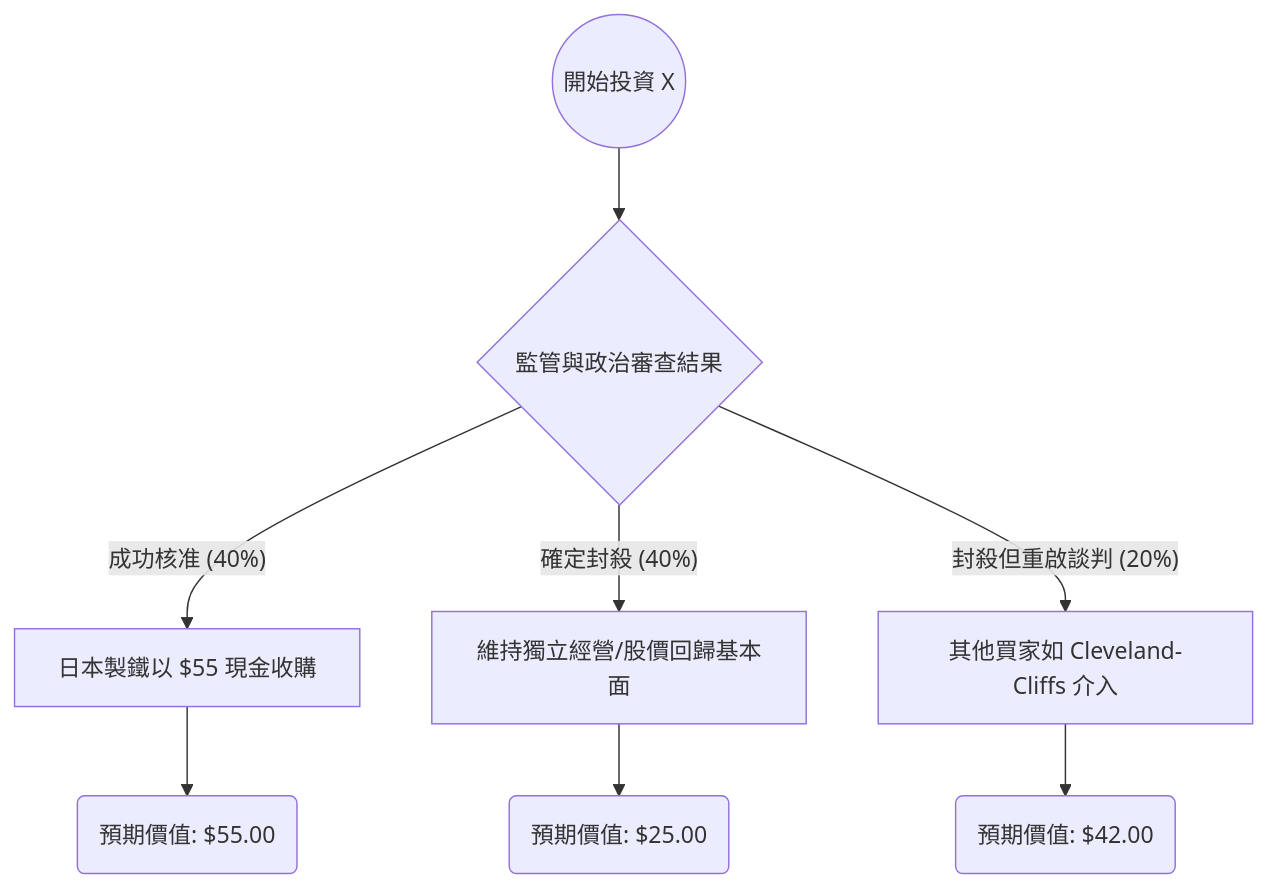
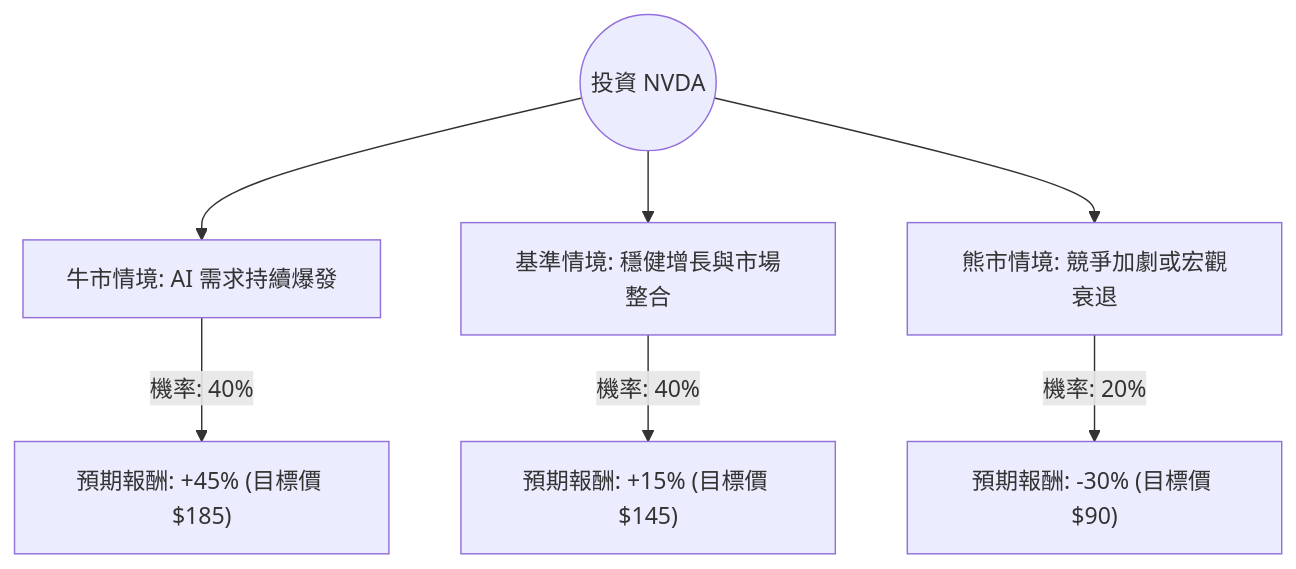
Before and after one commit to zmcx16/zmcx16.github.io: the diagram in plugin-react/ai-analysis/ev-analysis/X.md, drawn with Mermaid. The commit also changed other lines of this file and 75 other files, not shown here.

````diff
--- a/plugin-react/ai-analysis/ev-analysis/X.md
+++ b/plugin-react/ai-analysis/ev-analysis/X.md
@@ -11,12 +23,10 @@
 ```mermaid
 graph TD
-    Start((開始投資 X)) --> A{監管與政治審查結果}
-    
-    A -- 成功核准 (40%) --> B[日本製鐵以 $55 現金收購]
-    A -- 確定封殺 (40%) --> C[維持獨立經營/股價回歸基本面]
-    A -- 封殺但重啟談判 (20%) --> D[其他買家如 Cleveland-Cliffs 介入]
+    Start((投資 NVDA)) --> Bull[牛市情境: AI 需求持續爆發]
+    Start --> Base[基準情境: 穩健增長與市場整合]
+    Start --> Bear[熊市情境: 競爭加劇或宏觀衰退]
 
-    B --> B1(預期價值: $55.00)
-    C --> C1(預期價值: $25.00)
-    D --> D1(預期價值: $42.00)
+    Bull -- "機率: 40%" --> BullVal["預期報酬: +45% (目標價 $185)"]
+    Base -- "機率: 40%" --> BaseVal["預期報酬: +15% (目標價 $145)"]
+    Bear -- "機率: 20%" --> BearVal["預期報酬: -30% (目標價 $90)"]
 ```
````
